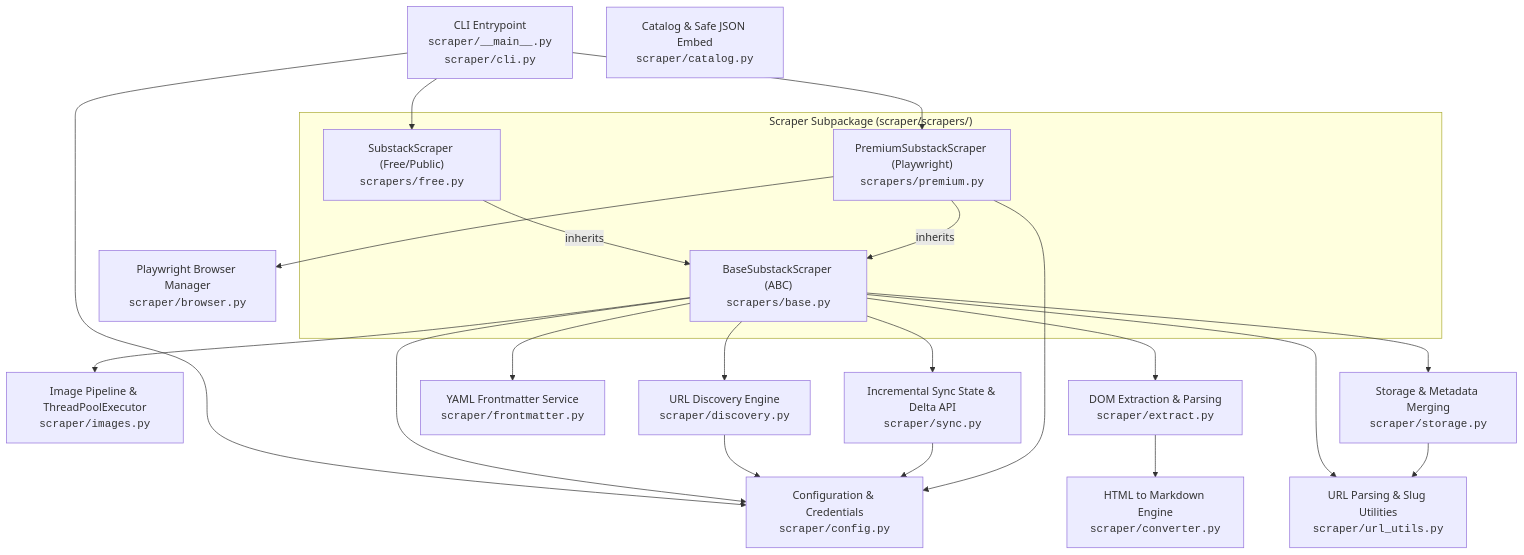
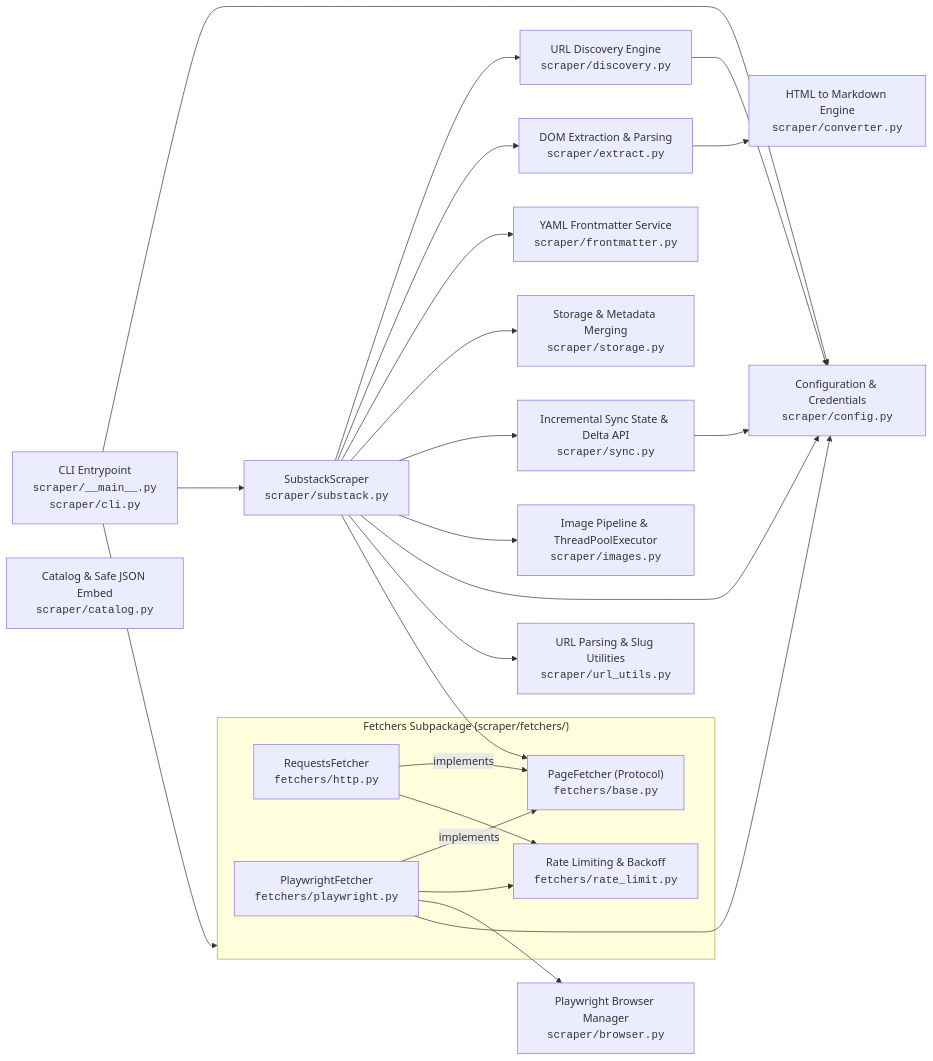
The first of 2 diagrams in AGENTS.md (0xfchen/SubstackAtelier), drawn with Mermaid before and after one commit. The commit also changed other lines of this file and 18 other files, not shown here.

Commit message:
refactor: replace scraper inheritance with injectable page fetchers

````diff
--- a/AGENTS.md
+++ b/AGENTS.md
@@ -16,37 +16,42 @@
 ```mermaid
-flowchart TD
+flowchart LR
     CLI["CLI Entrypoint<br/><code>scraper/__main__.py</code><br/><code>scraper/cli.py</code>"]
     Config["Configuration & Credentials<br/><code>scraper/config.py</code>"]
     URLUtils["URL Parsing & Slug Utilities<br/><code>scraper/url_utils.py</code>"]
     Converter["HTML to Markdown Engine<br/><code>scraper/converter.py</code>"]
     Images["Image Pipeline & ThreadPoolExecutor<br/><code>scraper/images.py</code>"]
     Catalog["Catalog & Safe JSON Embed<br/><code>scraper/catalog.py</code>"]
     Browser["Playwright Browser Manager<br/><code>scraper/browser.py</code>"]
     Discovery["URL Discovery Engine<br/><code>scraper/discovery.py</code>"]
     Extract["DOM Extraction & Parsing<br/><code>scraper/extract.py</code>"]
     Frontmatter["YAML Frontmatter Service<br/><code>scraper/frontmatter.py</code>"]
     Storage["Storage & Metadata Merging<br/><code>scraper/storage.py</code>"]
     Sync["Incremental Sync State & Delta API<br/><code>scraper/sync.py</code>"]
 
-    subgraph Scrapers ["Scraper Subpackage (scraper/scrapers/)"]
-        BaseScraper["BaseSubstackScraper (ABC)<br/><code>scrapers/base.py</code>"]
-        FreeScraper["SubstackScraper (Free/Public)<br/><code>scrapers/free.py</code>"]
-        PremiumScraper["PremiumSubstackScraper (Playwright)<br/><code>scrapers/premium.py</code>"]
+    subgraph Fetchers ["Fetchers Subpackage (scraper/fetchers/)"]
+        PageFetcher["PageFetcher (Protocol)<br/><code>fetchers/base.py</code>"]
+        RequestsFetcher["RequestsFetcher<br/><code>fetchers/http.py</code>"]
+        PlaywrightFetcher["PlaywrightFetcher<br/><code>fetchers/playwright.py</code>"]
+        RateLimit["Rate Limiting & Backoff<br/><code>fetchers/rate_limit.py</code>"]
     end
 
+    SubstackScraper["SubstackScraper<br/><code>scraper/substack.py</code>"]
+
     CLI --> Config
-    CLI --> FreeScraper
-    CLI --> PremiumScraper
+    CLI --> Fetchers
+    CLI --> SubstackScraper
     
-    FreeScraper -- inherits --> BaseScraper
-    PremiumScraper -- inherits --> BaseScraper
+    SubstackScraper --> PageFetcher
+    RequestsFetcher -- implements --> PageFetcher
+    PlaywrightFetcher -- implements --> PageFetcher
+    RequestsFetcher --> RateLimit
+    PlaywrightFetcher --> RateLimit
     
-    BaseScraper --> Discovery & Extract & Frontmatter & Storage & Sync & Images & Config & URLUtils
+    SubstackScraper --> Discovery & Extract & Frontmatter & Storage & Sync & Images & Config & URLUtils
     Extract --> Converter
     Discovery --> Config
     Sync --> Config
-    Storage --> URLUtils
     
-    PremiumScraper --> Browser
-    PremiumScraper --> Config
+    PlaywrightFetcher --> Browser
+    PlaywrightFetcher --> Config
 ```
````
